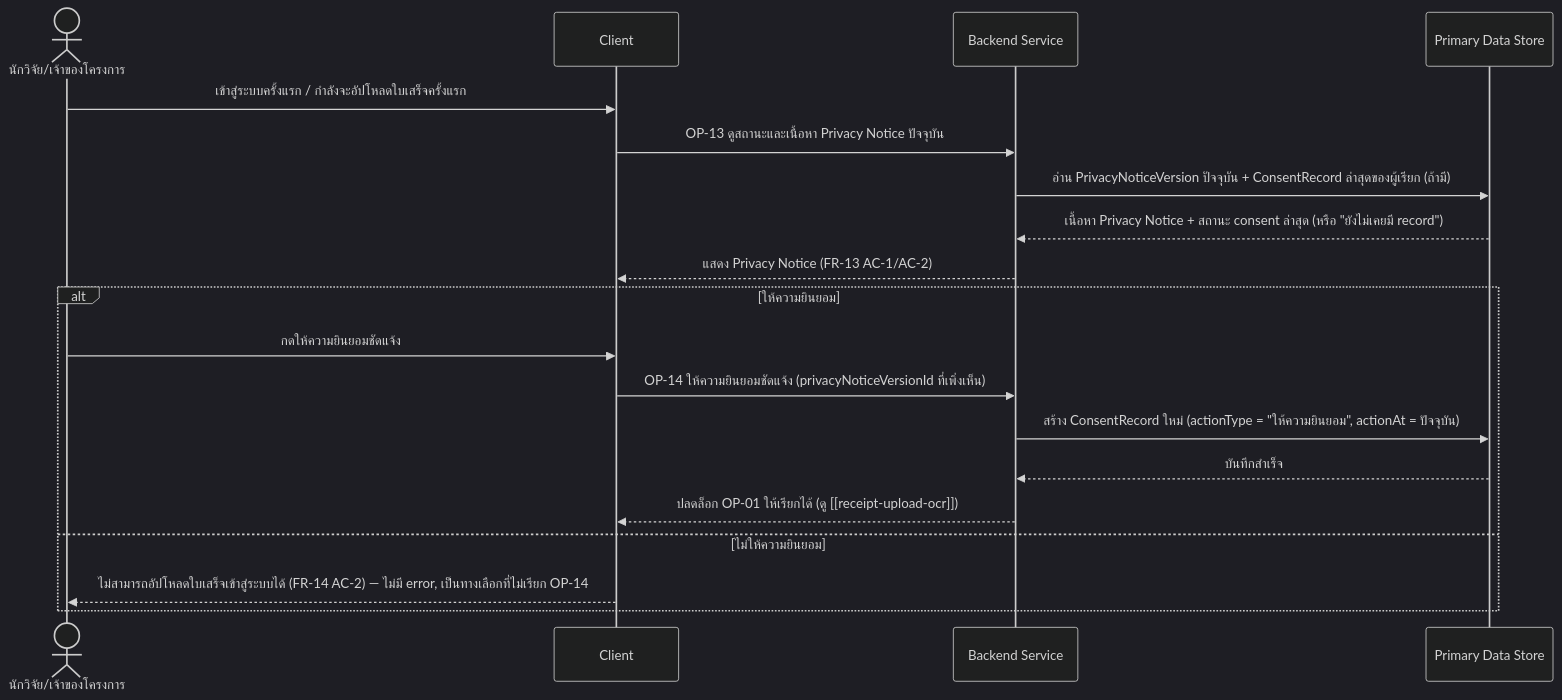
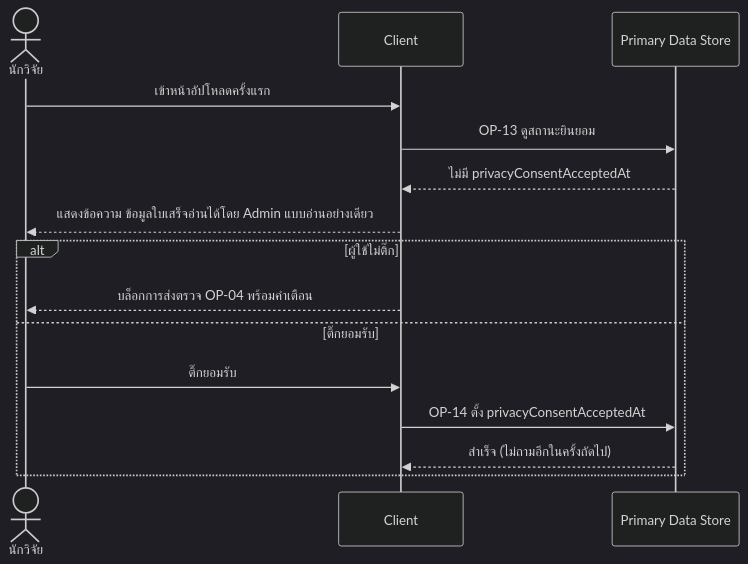
Before and after one commit to ptrsswnr/Grant-Receipt-Assistant: the first of 3 diagrams in docs/02-design/02-technical/detailed-design/consent-management.md, drawn with Mermaid (dark theme). The commit also changed other lines of this file and 27 other files, not shown here.

````diff
--- a/docs/02-design/02-technical/detailed-design/consent-management.md
+++ b/docs/02-design/02-technical/detailed-design/consent-management.md
@@ -36,22 +35,18 @@
 ```mermaid
 sequenceDiagram
-    actor R as นักวิจัย/เจ้าของโครงการ
+    actor R as นักวิจัย
     participant C as Client
-    participant B as Backend Service
     participant DS as Primary Data Store
 
-    R->>C: เข้าสู่ระบบครั้งแรก / กำลังจะอัปโหลดใบเสร็จครั้งแรก
-    C->>B: OP-13 ดูสถานะและเนื้อหา Privacy Notice ปัจจุบัน
-    B->>DS: อ่าน PrivacyNoticeVersion ปัจจุบัน + ConsentRecord ล่าสุดของผู้เรียก (ถ้ามี)
-    DS-->>B: เนื้อหา Privacy Notice + สถานะ consent ล่าสุด (หรือ "ยังไม่เคยมี record")
-    B-->>C: แสดง Privacy Notice (FR-13 AC-1/AC-2)
-    alt ให้ความยินยอม
-        R->>C: กดให้ความยินยอมชัดแจ้ง
-        C->>B: OP-14 ให้ความยินยอมชัดแจ้ง (privacyNoticeVersionId ที่เพิ่งเห็น)
-        B->>DS: สร้าง ConsentRecord ใหม่ (actionType = "ให้ความยินยอม", actionAt = ปัจจุบัน)
-        DS-->>B: บันทึกสำเร็จ
-        B-->>C: ปลดล็อก OP-01 ให้เรียกได้ (ดู [[receipt-upload-ocr]])
-    else ไม่ให้ความยินยอม
-        C-->>R: ไม่สามารถอัปโหลดใบเสร็จเข้าสู่ระบบได้ (FR-14 AC-2) — ไม่มี error, เป็นทางเลือกที่ไม่เรียก OP-14
+    R->>C: เข้าหน้าอัปโหลดครั้งแรก
+    C->>DS: OP-13 ดูสถานะยินยอม
+    DS-->>C: ไม่มี privacyConsentAcceptedAt
+    C-->>R: แสดงข้อความ ข้อมูลใบเสร็จอ่านได้โดย Admin แบบอ่านอย่างเดียว
+    alt ผู้ใช้ไม่ติ๊ก
+        C-->>R: บล็อกการส่งตรวจ OP-04 พร้อมคำเตือน
+    else ติ๊กยอมรับ
+        R->>C: ติ๊กยอมรับ
+        C->>DS: OP-14 ตั้ง privacyConsentAcceptedAt
+        DS-->>C: สำเร็จ (ไม่ถามอีกในครั้งถัดไป)
     end
 ```
````
